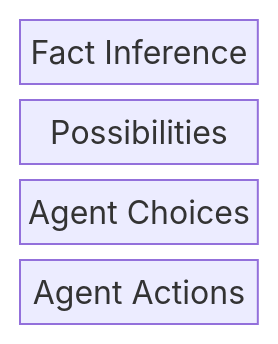
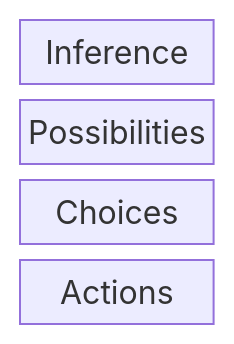
One commit to rchDev/game-of-points changed the second of 3 diagrams in docs/deep-lore.md. Above: the diagram before and after it, drawn with Mermaid. The commit also changed other lines of this file, not shown here.

````diff
--- a/docs/deep-lore.md
+++ b/docs/deep-lore.md
@@ -114,8 +114,8 @@
 ```mermaid
 block-beta
    columns 1
-   A["Fact Inference"]
+   A["Inference"]
    B["Possibilities"]
-   C["Agent Choices"]
-   D["Agent Actions"]
+   C["Choices"]
+   D["Actions"]
 ```
````
